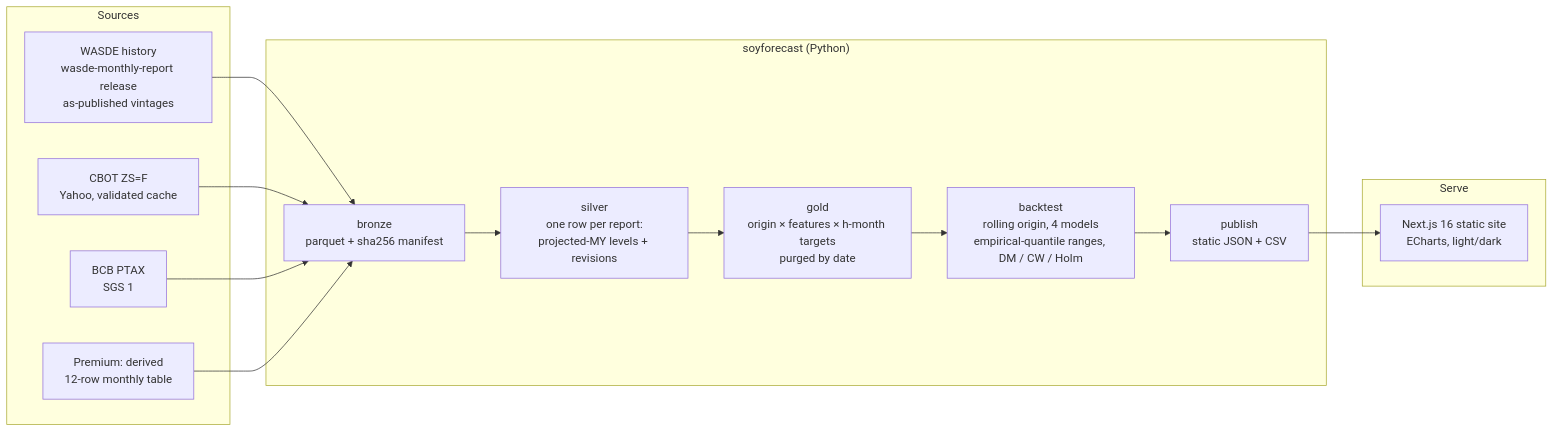
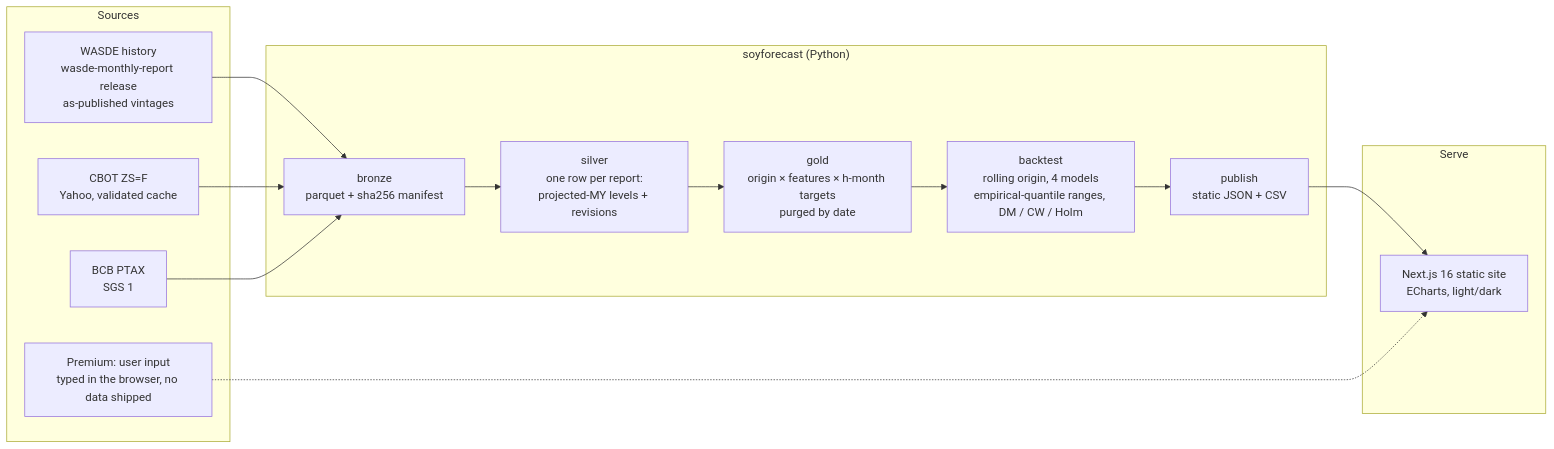
Before and after one commit to rossi-diego/soy-outlook: the diagram in README.md, drawn with Mermaid. The commit also changed other lines of this file and 54 other files, not shown here.

First line of the commit message:
feat(premium): make the Paranaguá premium a user input only (owner decision)

````diff
--- a/README.md
+++ b/README.md
@@ -102,24 +102,24 @@
 ```mermaid
 flowchart LR
     subgraph Sources
         A[WASDE history<br/>wasde-monthly-report release<br/>as-published vintages]
         B[CBOT ZS=F<br/>Yahoo, validated cache]
         C[BCB PTAX<br/>SGS 1]
-        D[Premium: derived<br/>12-row monthly table]
+        D[Premium: user input<br/>typed in the browser, no data shipped]
     end
     subgraph Pipeline["soyforecast (Python)"]
         E[bronze<br/>parquet + sha256 manifest]
         F[silver<br/>one row per report:<br/>projected-MY levels + revisions]
         G[gold<br/>origin × features × h-month targets<br/>purged by date]
         H[backtest<br/>rolling origin, 4 models<br/>empirical-quantile ranges, DM / CW / Holm]
         I[publish<br/>static JSON + CSV]
     end
     subgraph Serve
         J[Next.js 16 static site<br/>ECharts, light/dark]
     end
     A --> E
     B --> E
     C --> E
-    D --> E
     E --> F --> G --> H --> I --> J
+    D -.-> J
 ```
````
